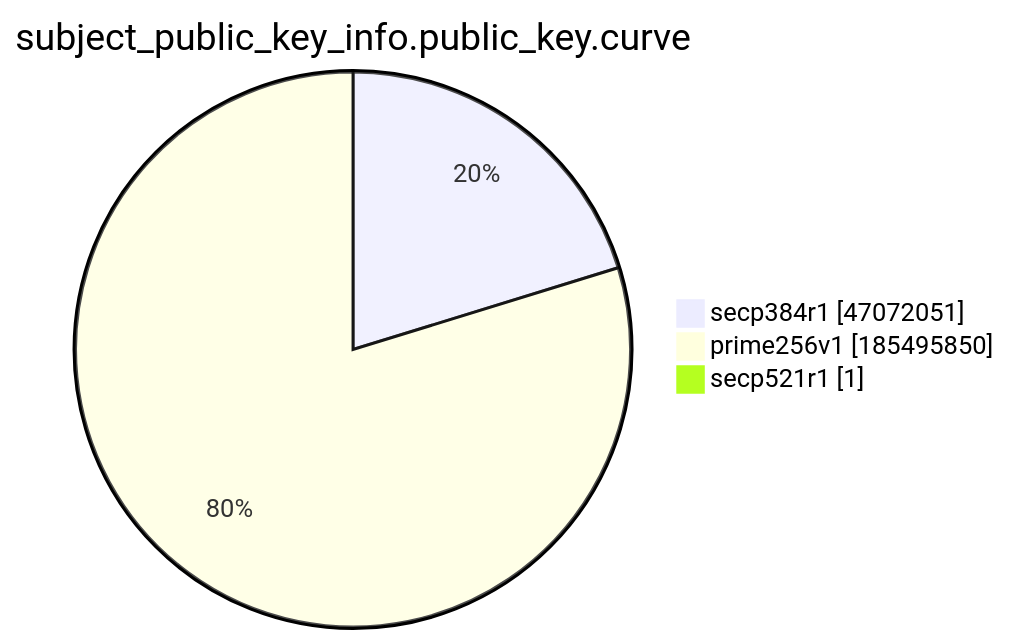
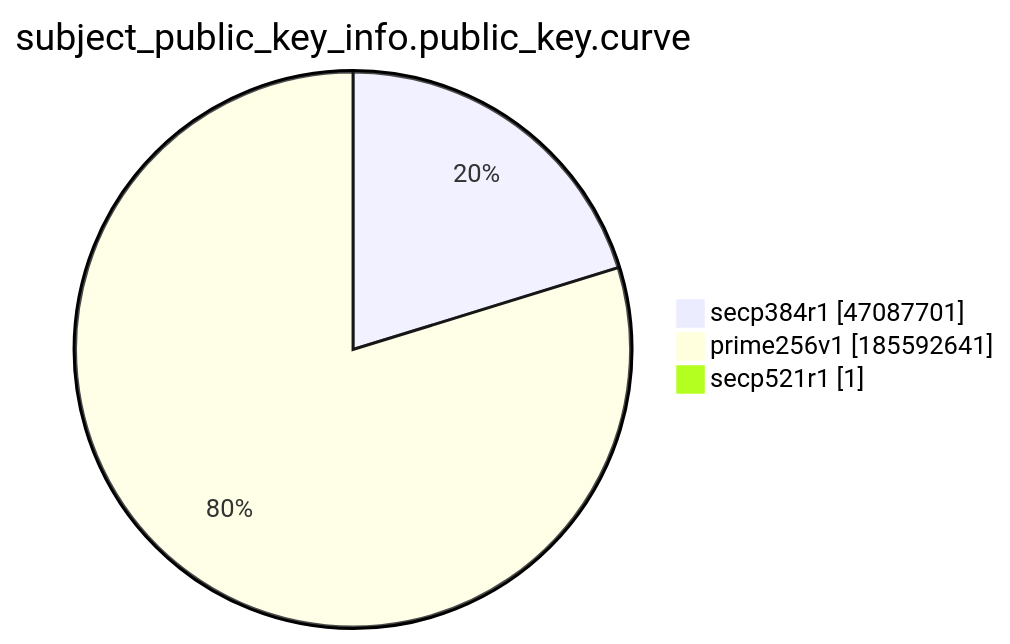
Before and after one commit to christiankrug/ctmonitor_visualization: the ninth of 15 diagrams in xenon2022/README.md, drawn with Mermaid. The commit also changed other lines of this file, not shown here.

````diff
--- a/xenon2022/README.md
+++ b/xenon2022/README.md
@@ -2874,7 +2874,7 @@
 ```mermaid
 pie showData
 title subject_public_key_info.public_key.curve
-"secp384r1" :47072051
-"prime256v1" :185495850
+"secp384r1" :47087701
+"prime256v1" :185592641
 "secp521r1" :1
 ```
````
